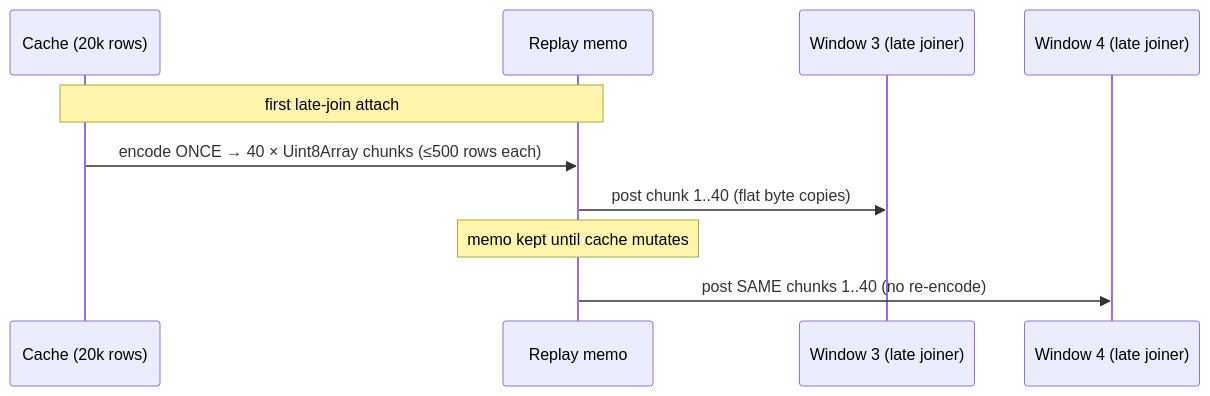
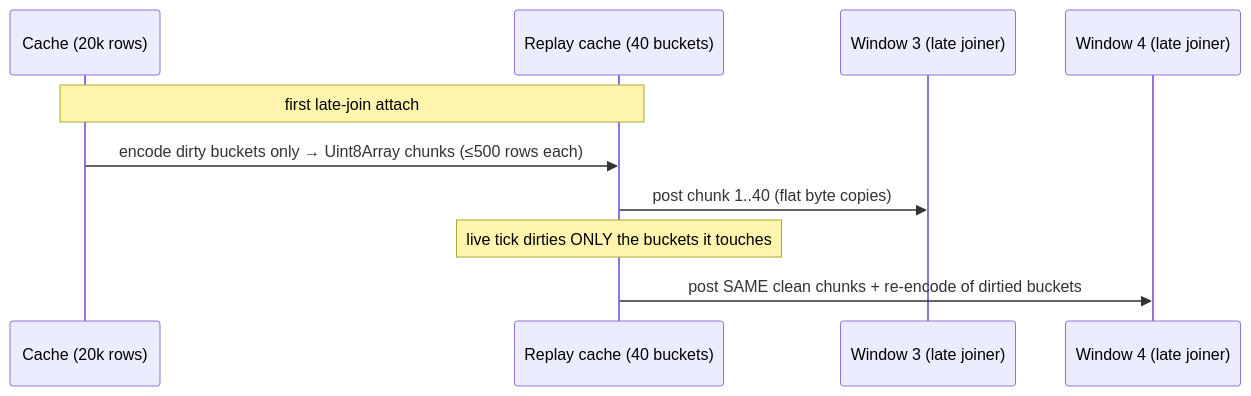
Before and after one commit to widgetstools/sternui: the second of 6 diagrams in docs/hub-fanout-optimizations.md, drawn with Mermaid. The commit also changed other lines of this file and 24 other files, not shown here.

````diff
--- a/docs/hub-fanout-optimizations.md
+++ b/docs/hub-fanout-optimizations.md
@@ -48,12 +48,12 @@
 ```mermaid
 sequenceDiagram
     participant C as Cache (20k rows)
-    participant M as Replay memo
+    participant M as Replay cache (40 buckets)
     participant W3 as Window 3 (late joiner)
     participant W4 as Window 4 (late joiner)
     Note over C,M: first late-join attach
-    C->>M: encode ONCE → 40 × Uint8Array chunks (≤500 rows each)
+    C->>M: encode dirty buckets only → Uint8Array chunks (≤500 rows each)
     M->>W3: post chunk 1..40 (flat byte copies)
-    Note over M: memo kept until cache mutates
-    M->>W4: post SAME chunks 1..40 (no re-encode)
+    Note over M: live tick dirties ONLY the buckets it touches
+    M->>W4: post SAME clean chunks + re-encode of dirtied buckets
 ```
````
